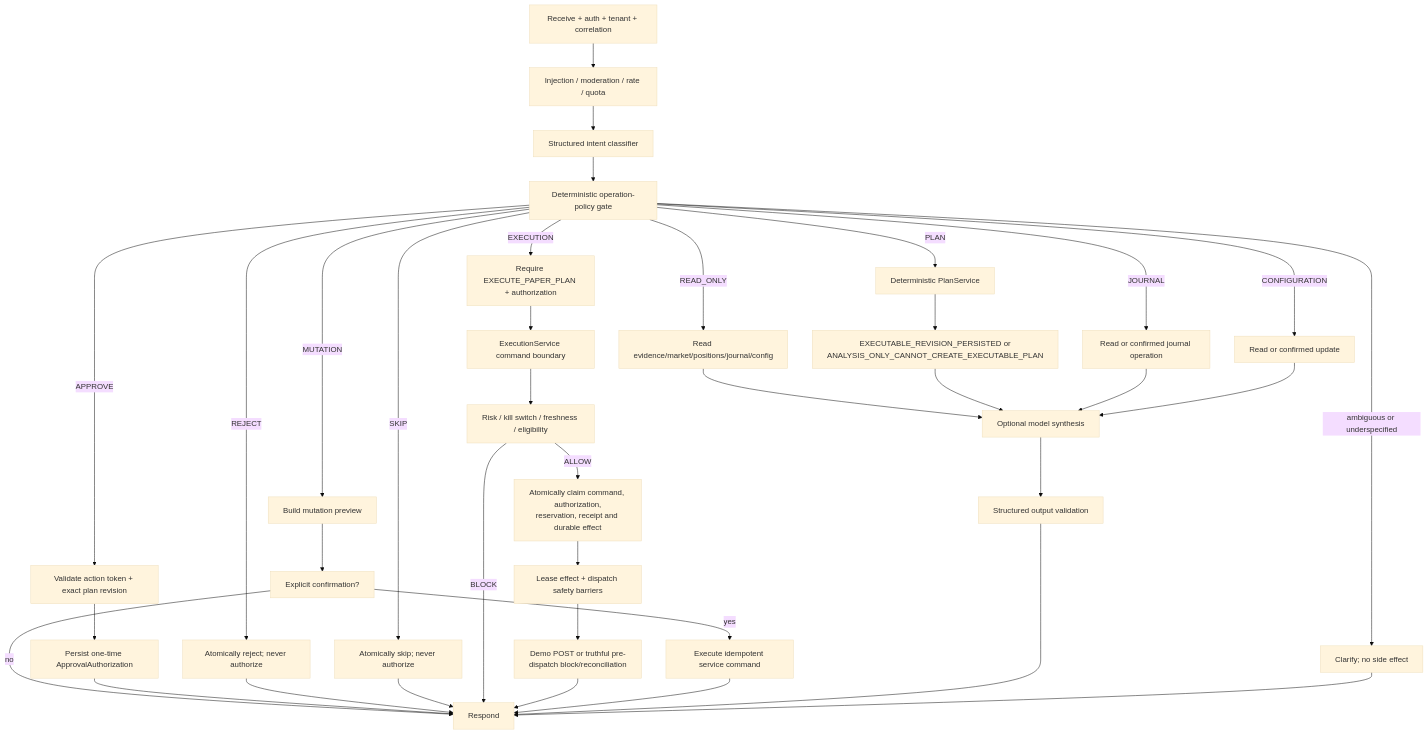
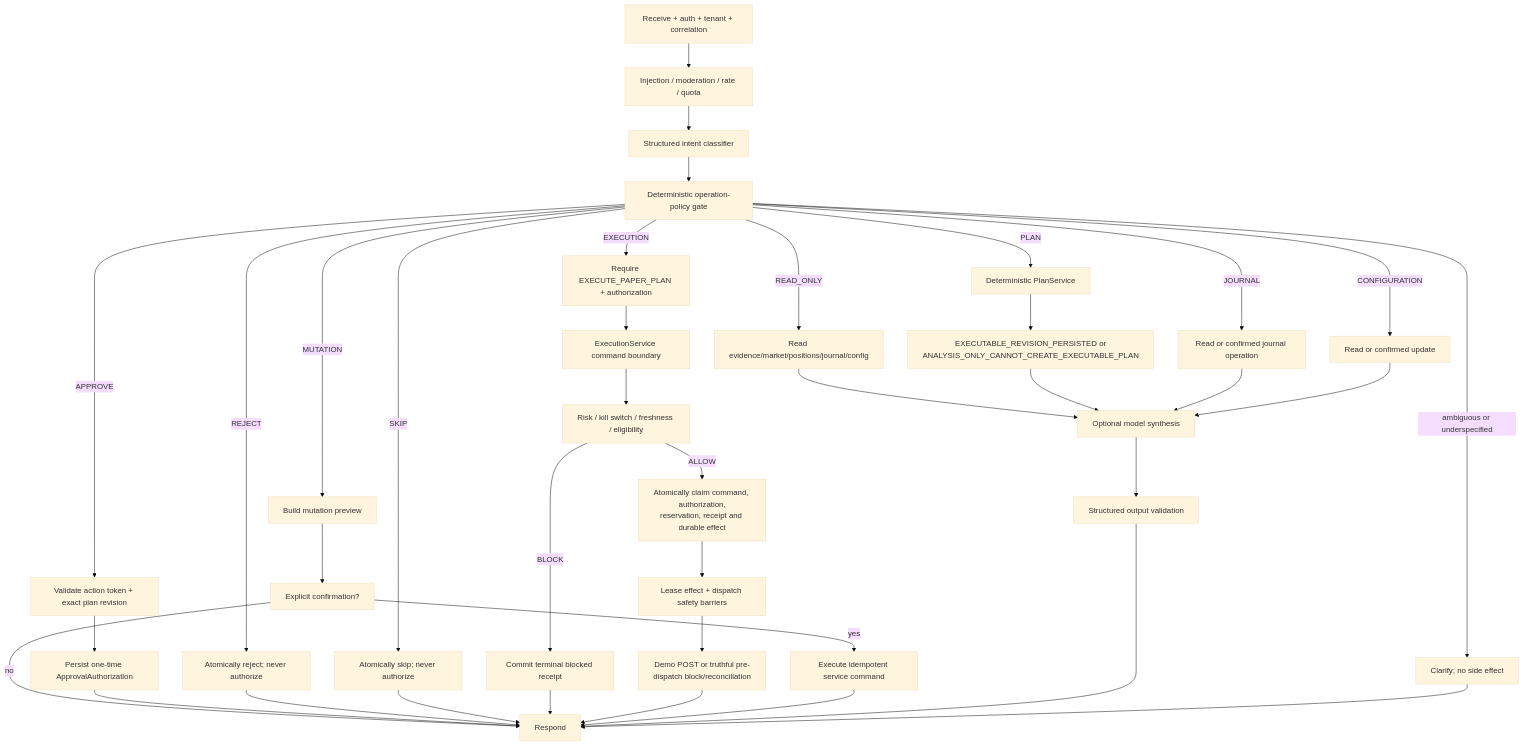
Before and after one commit to Fejjii/AlphaTrade-AI: the third of 6 diagrams in docs/redesign/agentic_redesign_target_architecture.md, drawn with Mermaid (base theme). The commit also changed other lines of this file, not shown here.

Commit message:
docs: tighten repeated canonical schemas

````diff
--- a/docs/redesign/agentic_redesign_target_architecture.md
+++ b/docs/redesign/agentic_redesign_target_architecture.md
@@ -212,39 +212,40 @@
 ```mermaid
 flowchart TD
     RCV["Receive + auth + tenant + correlation"] --> GRD["Injection / moderation / rate / quota"]
     GRD --> IC["Structured intent classifier"]
     IC --> POL["Deterministic operation-policy gate"]
     POL -->|ambiguous or underspecified| CLAR["Clarify; no side effect"]
     POL -->|READ_ONLY| READ["Read evidence/market/positions/journal/config"]
     POL -->|PLAN| PLAN["Deterministic PlanService"]
     POL -->|MUTATION| PREVIEW["Build mutation preview"]
     POL -->|APPROVE| APPA["Validate action token + exact plan revision"]
     POL -->|REJECT| REJ["Atomically reject; never authorize"]
     POL -->|SKIP| SKP["Atomically skip; never authorize"]
     POL -->|EXECUTION| EXEG["Require EXECUTE_PAPER_PLAN + authorization"]
     POL -->|CONFIGURATION| CFG["Read or confirmed update"]
     POL -->|JOURNAL| JOP["Read or confirmed journal operation"]
     PREVIEW --> CONF["Explicit confirmation?"]
     CONF -->|no| RESP["Respond"]
     CONF -->|yes| MUT["Execute idempotent service command"]
     APPA --> AUTHZ["Persist one-time ApprovalAuthorization"]
     AUTHZ --> RESP
     REJ --> RESP
     SKP --> RESP
     EXEG --> ES["ExecutionService command boundary"]
     ES --> RISK["Risk / kill switch / freshness / eligibility"]
-    RISK -->|BLOCK| RESP
+    RISK -->|BLOCK| BREC["Commit terminal blocked receipt"]
+    BREC --> RESP
     RISK -->|ALLOW| CONS["Atomically claim command, authorization,<br/>reservation, receipt and durable effect"]
     CONS --> DSP["Lease effect + dispatch safety barriers"]
     DSP --> SUBMIT["Demo POST or truthful pre-dispatch block/reconciliation"]
     SUBMIT --> RESP
     READ --> SYN["Optional model synthesis"]
     PLAN --> PERSIST["EXECUTABLE_REVISION_PERSISTED or<br/>ANALYSIS_ONLY_CANNOT_CREATE_EXECUTABLE_PLAN"]
     PERSIST --> SYN
     JOP --> SYN
     CFG --> SYN
     MUT --> RESP
     SYN --> VAL["Structured output validation"]
     VAL --> RESP
     CLAR --> RESP
 ```
````
